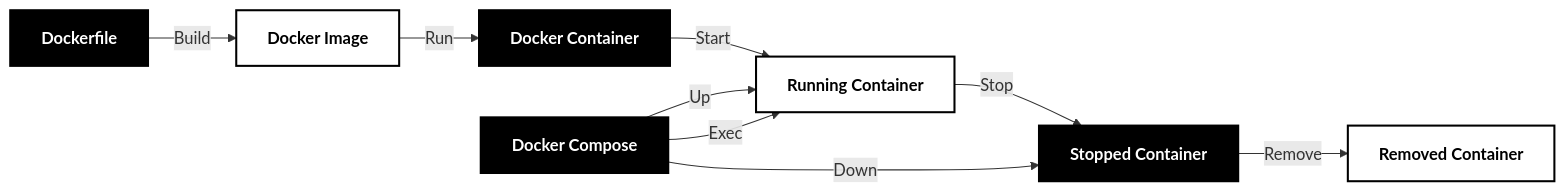
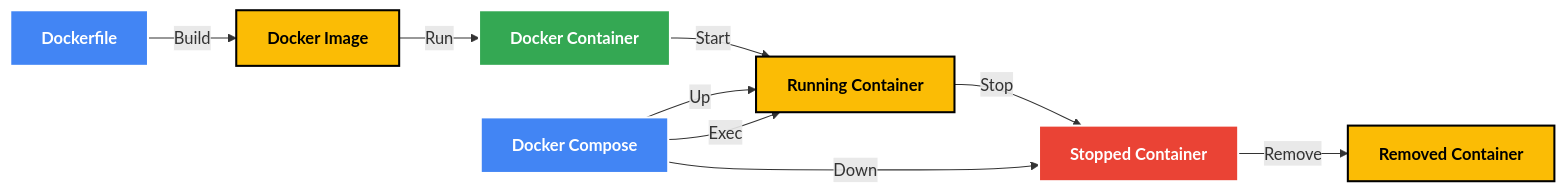
Before and after one commit to SoundMindsAI/ai_examples: the third of 5 diagrams in An_LLM_Query_Understanding_Service/README.md, drawn with Mermaid. The commit also changed other lines of this file, not shown here.

Commit message:
Update Mermaid diagram colors to Google-style palette for better visualization

````diff
--- a/An_LLM_Query_Understanding_Service/README.md
+++ b/An_LLM_Query_Understanding_Service/README.md
@@ -151,20 +151,20 @@
 ```mermaid
 graph LR
     Dockerfile[Dockerfile] -->|Build| DockerImage[Docker Image]
     DockerImage -->|Run| DockerContainer[Docker Container]
     DockerContainer -->|Start| RunningContainer[Running Container]
     RunningContainer -->|Stop| StoppedContainer[Stopped Container]
     StoppedContainer -->|Remove| RemovedContainer[Removed Container]
     
     DockerCompose[Docker Compose] -->|Up| RunningContainer
     DockerCompose -->|Down| StoppedContainer
     DockerCompose -->|Exec| RunningContainer
     
-    style Dockerfile fill:black,stroke:black,stroke-width:2px,color:white,font-weight:bold
-    style DockerImage fill:white,stroke:black,stroke-width:2px,color:black,font-weight:bold
-    style DockerContainer fill:black,stroke:black,stroke-width:2px,color:white,font-weight:bold
-    style RunningContainer fill:white,stroke:black,stroke-width:2px,color:black,font-weight:bold
-    style StoppedContainer fill:black,stroke:black,stroke-width:2px,color:white,font-weight:bold
-    style RemovedContainer fill:white,stroke:black,stroke-width:2px,color:black,font-weight:bold
-    style DockerCompose fill:black,stroke:black,stroke-width:2px,color:white,font-weight:bold
+    style Dockerfile fill:#4285F4,stroke:#ffffff,stroke-width:2px,color:white,font-weight:bold
+    style DockerImage fill:#FBBC05,stroke:#000000,stroke-width:2px,color:black,font-weight:bold
+    style DockerContainer fill:#34A853,stroke:#ffffff,stroke-width:2px,color:white,font-weight:bold
+    style RunningContainer fill:#FBBC05,stroke:#000000,stroke-width:2px,color:black,font-weight:bold
+    style StoppedContainer fill:#EA4335,stroke:#ffffff,stroke-width:2px,color:white,font-weight:bold
+    style RemovedContainer fill:#FBBC05,stroke:#000000,stroke-width:2px,color:black,font-weight:bold
+    style DockerCompose fill:#4285F4,stroke:#ffffff,stroke-width:2px,color:white,font-weight:bold
 ```
````
